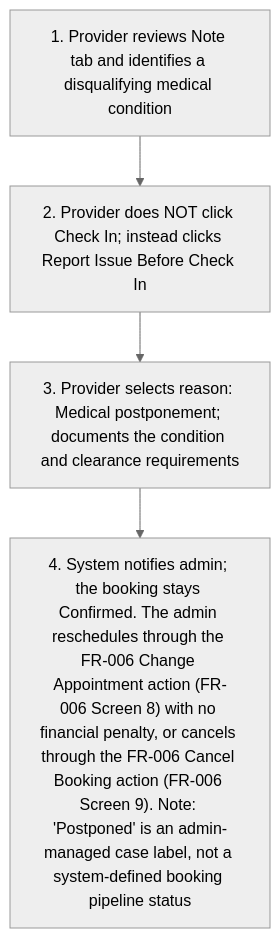
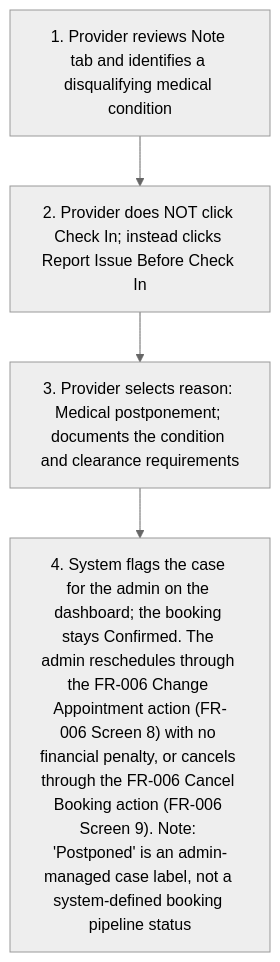
The sixth of 10 diagrams in project-requirements/functional-requirements/fr010-treatment-execution/prd.md (joachimtrungtuan/hairline-pm-docs), drawn with Mermaid (neutral theme) before and after one commit. The commit also changed other lines of this file and 5 other files, not shown here.

````diff
--- a/project-requirements/functional-requirements/fr010-treatment-execution/prd.md
+++ b/project-requirements/functional-requirements/fr010-treatment-execution/prd.md
@@ -184,7 +198,7 @@
 ```mermaid
 flowchart TD
   B2S1["1. Provider reviews Note tab and identifies a disqualifying medical condition"] --> B2S2
   B2S2["2. Provider does NOT click Check In; instead clicks Report Issue Before Check In"] --> B2S3
   B2S3["3. Provider selects reason: Medical postponement; documents the condition and clearance requirements"] --> B2S4
-  B2S4["4. System notifies admin; the booking stays Confirmed. The admin reschedules through the FR-006 Change Appointment action (FR-006 Screen 8) with no financial penalty, or cancels through the FR-006 Cancel Booking action (FR-006 Screen 9). Note: 'Postponed' is an admin-managed case label, not a system-defined booking pipeline status"]
+  B2S4["4. System flags the case for the admin on the dashboard; the booking stays Confirmed. The admin reschedules through the FR-006 Change Appointment action (FR-006 Screen 8) with no financial penalty, or cancels through the FR-006 Cancel Booking action (FR-006 Screen 9). Note: 'Postponed' is an admin-managed case label, not a system-defined booking pipeline status"]
 ```
````
